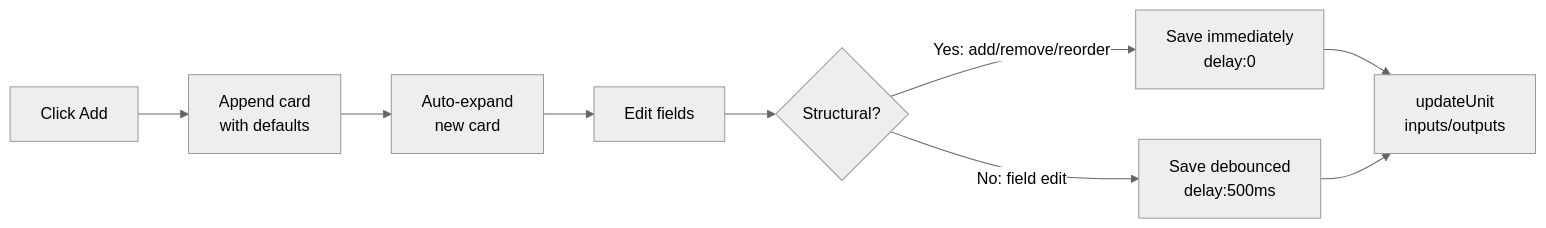
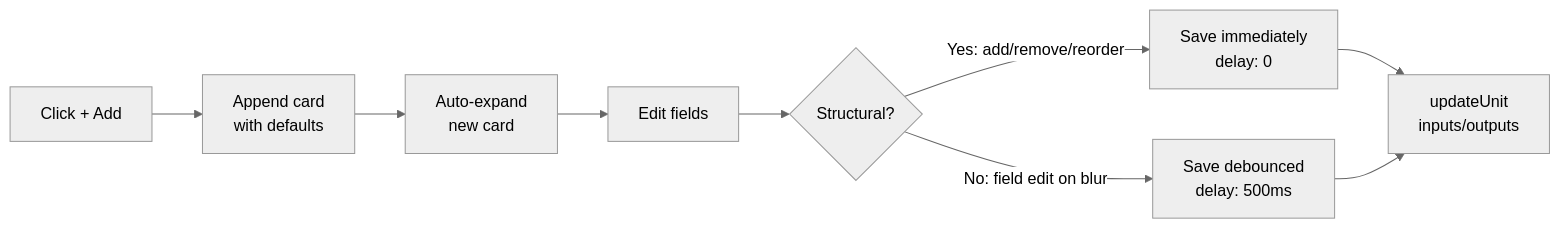
One commit to AI-Substrate/chainglass changed the second of 3 diagrams in docs/plans/058-workunit-editor/tasks/phase-3-inputs-outputs-configuration/tasks.md. Above: the diagram before and after it, drawn with Mermaid (neutral theme). The commit also changed other lines of this file and 1 other file, not shown here.

First line of the commit message:
Plan 058 Phase 3: Regenerated task dossier for inputs/outputs configuration

````diff
--- a/docs/plans/058-workunit-editor/tasks/phase-3-inputs-outputs-configuration/tasks.md
+++ b/docs/plans/058-workunit-editor/tasks/phase-3-inputs-outputs-configuration/tasks.md
@@ -159,11 +158,11 @@
 ```mermaid
 flowchart LR
-    A[Click Add] --> B[Append card\nwith defaults]
-    B --> C[Auto-expand\nnew card]
+    A[Click + Add] --> B[Append card<br/>with defaults]
+    B --> C[Auto-expand<br/>new card]
     C --> D[Edit fields]
     D --> E{Structural?}
-    E -->|Yes: add/remove/reorder| F[Save immediately\ndelay:0]
-    E -->|No: field edit| G[Save debounced\ndelay:500ms]
-    F --> H[updateUnit\ninputs/outputs]
+    E -->|Yes: add/remove/reorder| F[Save immediately<br/>delay: 0]
+    E -->|No: field edit on blur| G[Save debounced<br/>delay: 500ms]
+    F --> H[updateUnit<br/>inputs/outputs]
     G --> H
 ```
````
